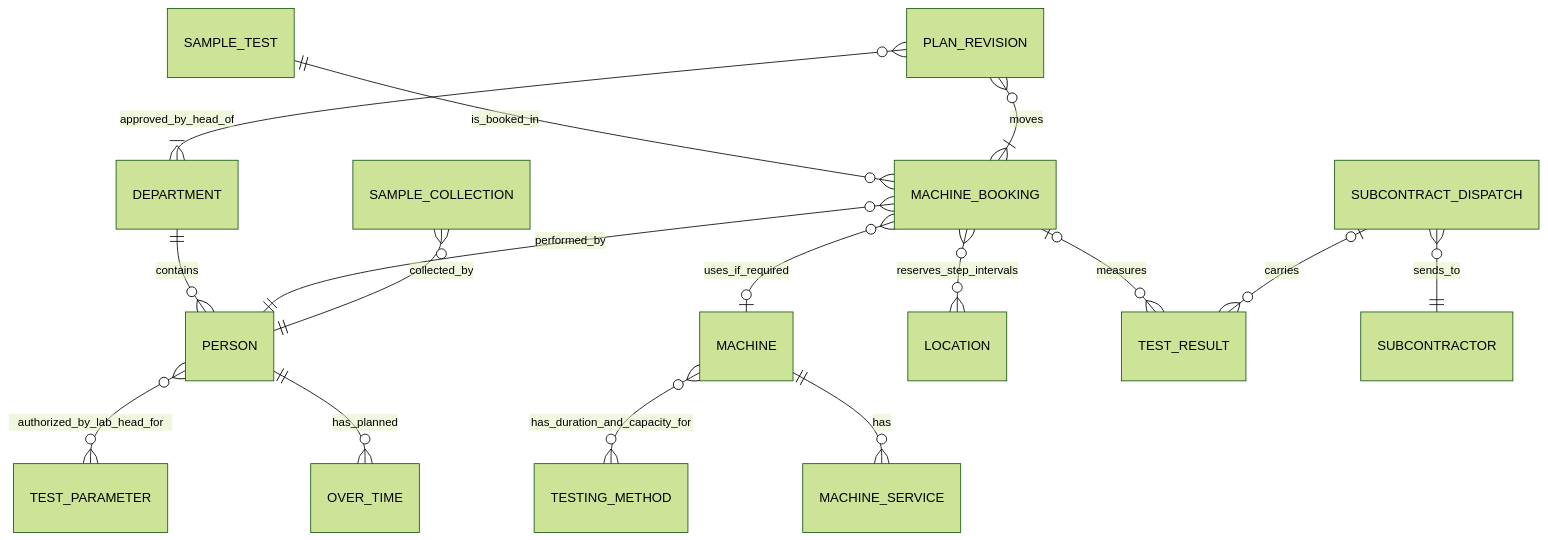
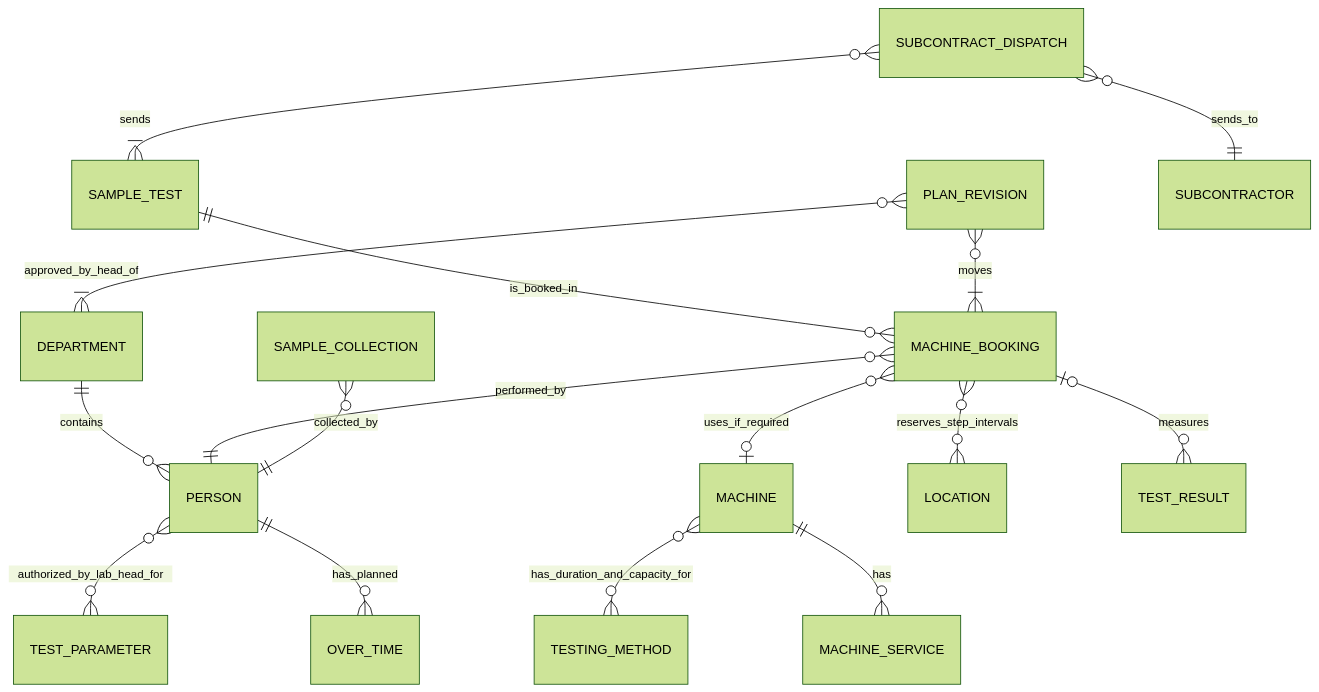
One commit to SoltuneMontepre/medilab changed the second of 3 diagrams in docs/functional/conceptual-model.md. Above: the diagram before and after it, drawn with Mermaid (forest theme). The commit also changed other lines of this file and 122 other files, not shown here.

First line of the commit message:
[docs] Align the requirements with the final activity diagrams and BM04 v1.1 (#551)

````diff
--- a/docs/functional/conceptual-model.md
+++ b/docs/functional/conceptual-model.md
@@ -59,18 +59,18 @@
 ```mermaid
 erDiagram
     DEPARTMENT ||--o{ PERSON : contains
     PERSON }o--o{ TEST_PARAMETER : authorized_by_lab_head_for
     SAMPLE_TEST ||--o{ MACHINE_BOOKING : is_booked_in
     MACHINE_BOOKING }o--|| PERSON : performed_by
     MACHINE_BOOKING }o--o| MACHINE : uses_if_required
     MACHINE }o--o{ TESTING_METHOD : has_duration_and_capacity_for
     MACHINE_BOOKING }o--o{ LOCATION : reserves_step_intervals
     MACHINE_BOOKING o|--o{ TEST_RESULT : measures
     PLAN_REVISION }o--|{ MACHINE_BOOKING : moves
     PLAN_REVISION }o--|{ DEPARTMENT : approved_by_head_of
-    SUBCONTRACT_DISPATCH o|--o{ TEST_RESULT : carries
+    SUBCONTRACT_DISPATCH }o--|{ SAMPLE_TEST : sends
     SUBCONTRACT_DISPATCH }o--|| SUBCONTRACTOR : sends_to
     MACHINE ||--o{ MACHINE_SERVICE : has
     PERSON ||--o{ OVER_TIME : has_planned
     SAMPLE_COLLECTION }o--|| PERSON : collected_by
 ```
````
